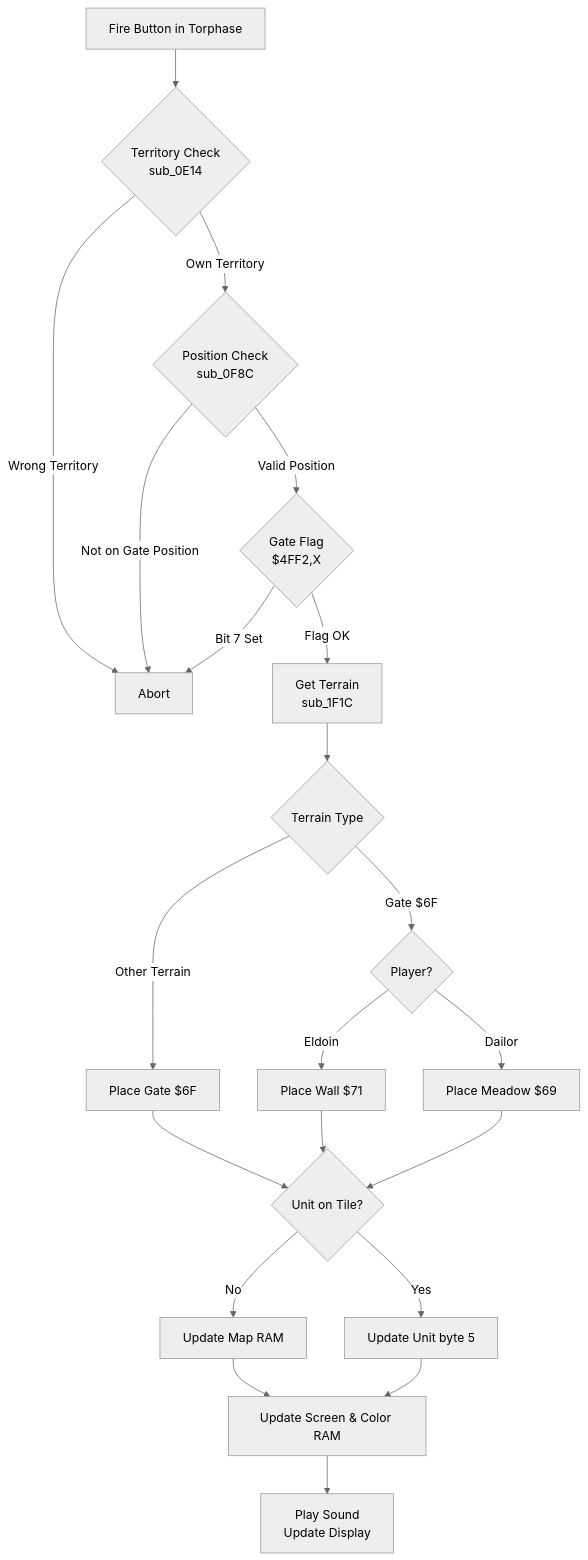
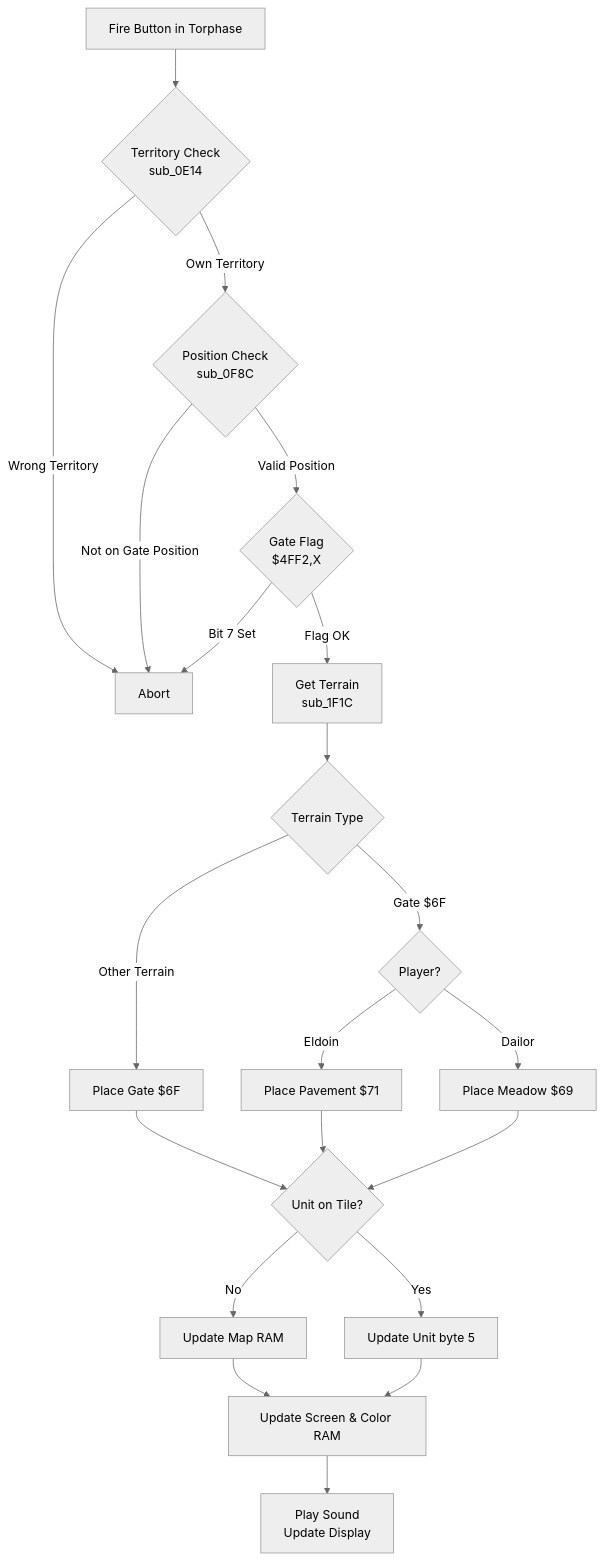
Before and after one commit to s-macke/weltendaemmerung: the diagram in docs/torphase.md, drawn with Mermaid (neutral theme). The commit also changed other lines of this file, not shown here.

Commit message:
Fix torphase documentation. Eldoin creates paveways and not walls.

````diff
--- a/docs/torphase.md
+++ b/docs/torphase.md
@@ -147,23 +149,23 @@
 ```mermaid
 flowchart TD
     A[Fire Button in Torphase] --> B{Territory Check<br/>sub_0E14}
     B -->|Wrong Territory| C[Abort]
     B -->|Own Territory| D{Position Check<br/>sub_0F8C}
     D -->|Not on Gate Position| C
     D -->|Valid Position| E{Gate Flag<br/>$4FF2,X}
     E -->|Bit 7 Set| C
     E -->|Flag OK| F[Get Terrain<br/>sub_1F1C]
     F --> G{Terrain Type}
     G -->|Gate $6F| H{Player?}
     G -->|Other Terrain| I[Place Gate $6F]
-    H -->|Eldoin| J[Place Wall $71]
+    H -->|Eldoin| J[Place Pavement $71]
     H -->|Dailor| K[Place Meadow $69]
     I --> L{Unit on Tile?}
     J --> L
     K --> L
     L -->|No| M[Update Map RAM]
     L -->|Yes| N[Update Unit byte 5]
     M --> O[Update Screen & Color RAM]
     N --> O
     O --> P[Play Sound<br/>Update Display]
 ```
````
